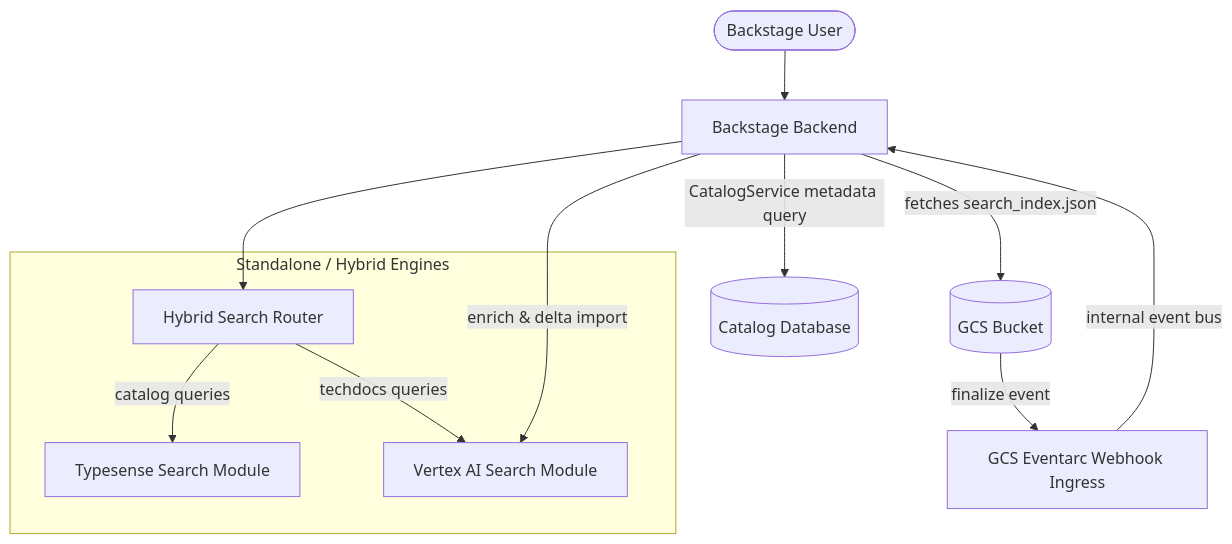
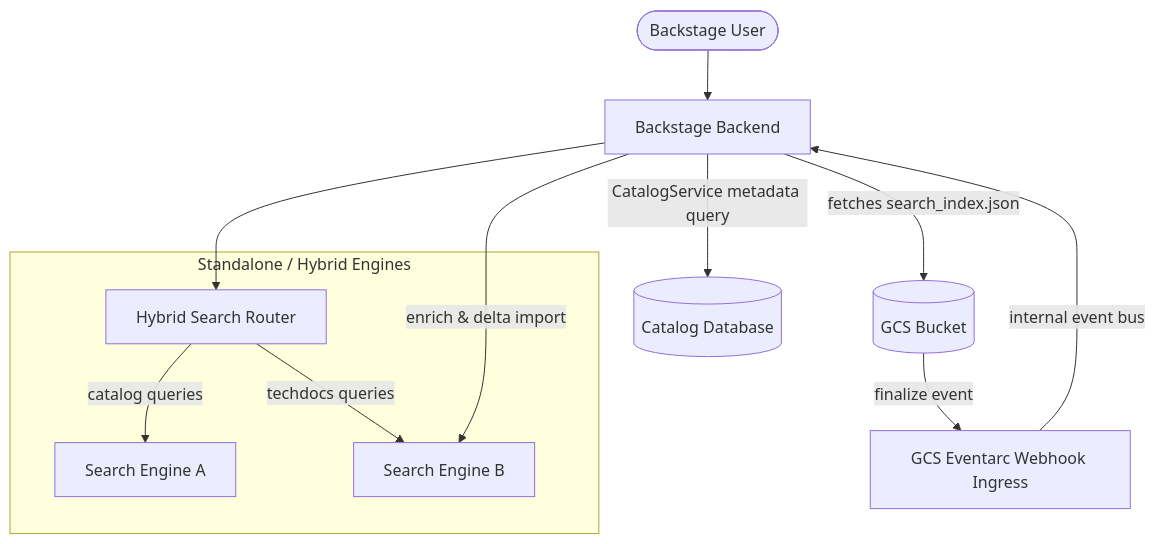
One commit to cooldemos/community-plugins changed the first of 7 diagrams in workspaces/hybrid-search/docs/architecture.md. Above: the diagram before and after it, drawn with Mermaid. The commit also changed other lines of this file, not shown here.

Commit message:
docs: generalize hybrid search architecture document to conceptual routing focus

````diff
--- a/workspaces/hybrid-search/docs/architecture.md
+++ b/workspaces/hybrid-search/docs/architecture.md
@@ -32,16 +27,16 @@
 ```mermaid
 graph TD
     User([Backstage User]) --> BS[Backstage Backend]
     BS --> Router[Hybrid Search Router]
 
     subgraph Standalone / Hybrid Engines
-        Router -->|catalog queries| TS[Typesense Search Module]
-        Router -->|techdocs queries| VAI[Vertex AI Search Module]
+        Router -->|catalog queries| TS[Search Engine A]
+        Router -->|techdocs queries| VAI[Search Engine B]
     end
 
     GCS[(GCS Bucket)] -- finalize event --> Eventarc[GCS Eventarc Webhook Ingress]
     Eventarc -- internal event bus --> BS
     BS -- fetches search_index.json --> GCS
     BS -- CatalogService metadata query --> Catalog[(Catalog Database)]
     BS -- enrich & delta import --> VAI
 ```
````
